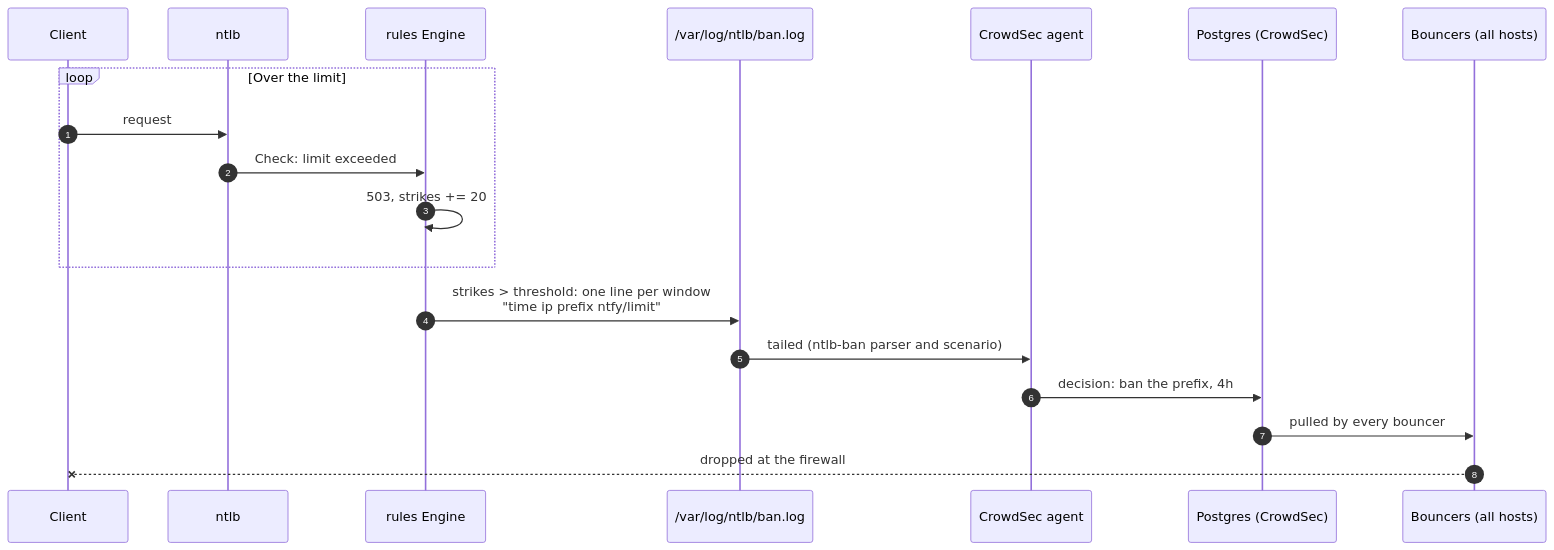
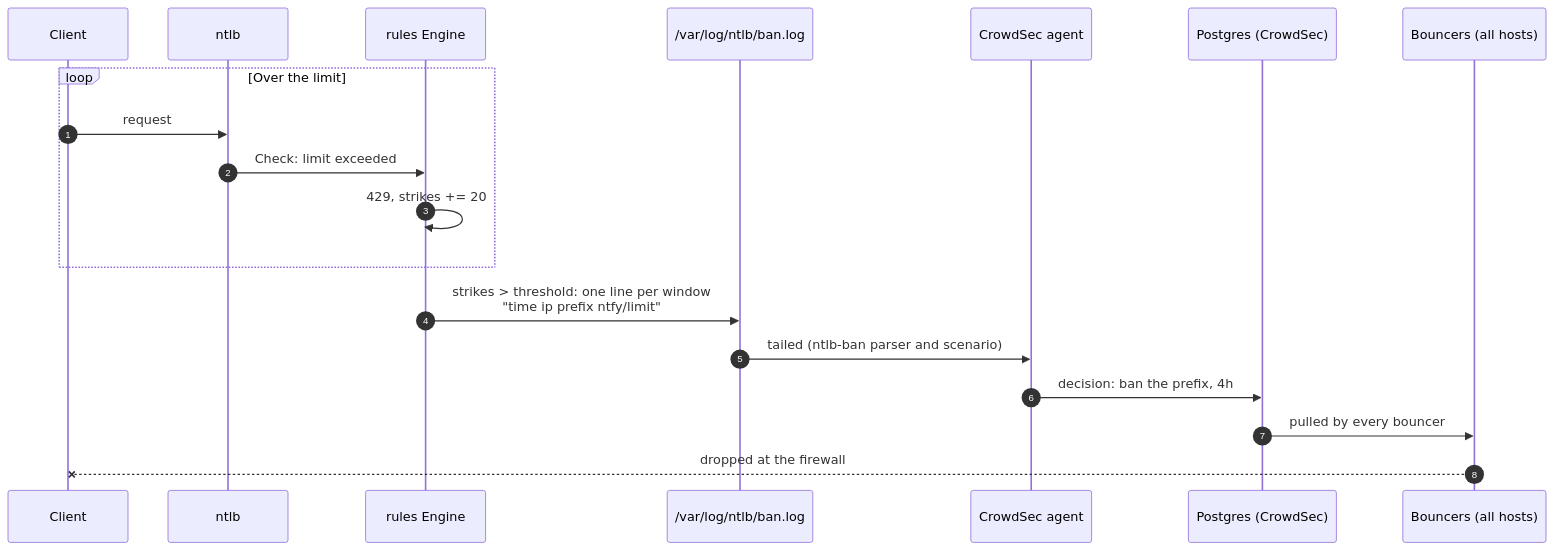
One commit to binwiederhier/ntlb changed diagram 16 of 16 in docs/architecture.md. Above: the diagram before and after it, drawn with Mermaid. The commit also changed other lines of this file and 3 other files, not shown here.

Commit message:
Add a code walkthrough, update the architecture docs for pools, proxy rules and 429

````diff
--- a/docs/architecture.md
+++ b/docs/architecture.md
@@ -487,21 +489,21 @@
 ```mermaid
 sequenceDiagram
     autonumber
     participant C as Client
     participant S as ntlb
     participant E as rules Engine
     participant F as /var/log/ntlb/ban.log
     participant CS as CrowdSec agent
     participant DB as Postgres (CrowdSec)
     participant FW as Bouncers (all hosts)
     loop Over the limit
         C->>S: request
         S->>E: Check: limit exceeded
-        E->>E: 503, strikes += 20
+        E->>E: 429, strikes += 20
     end
     E->>F: strikes > threshold: one line per window<br/>"time ip prefix ntfy/limit"
     F->>CS: tailed (ntlb-ban parser and scenario)
     CS->>DB: decision: ban the prefix, 4h
     DB->>FW: pulled by every bouncer
     FW--xC: dropped at the firewall
 ```
````
